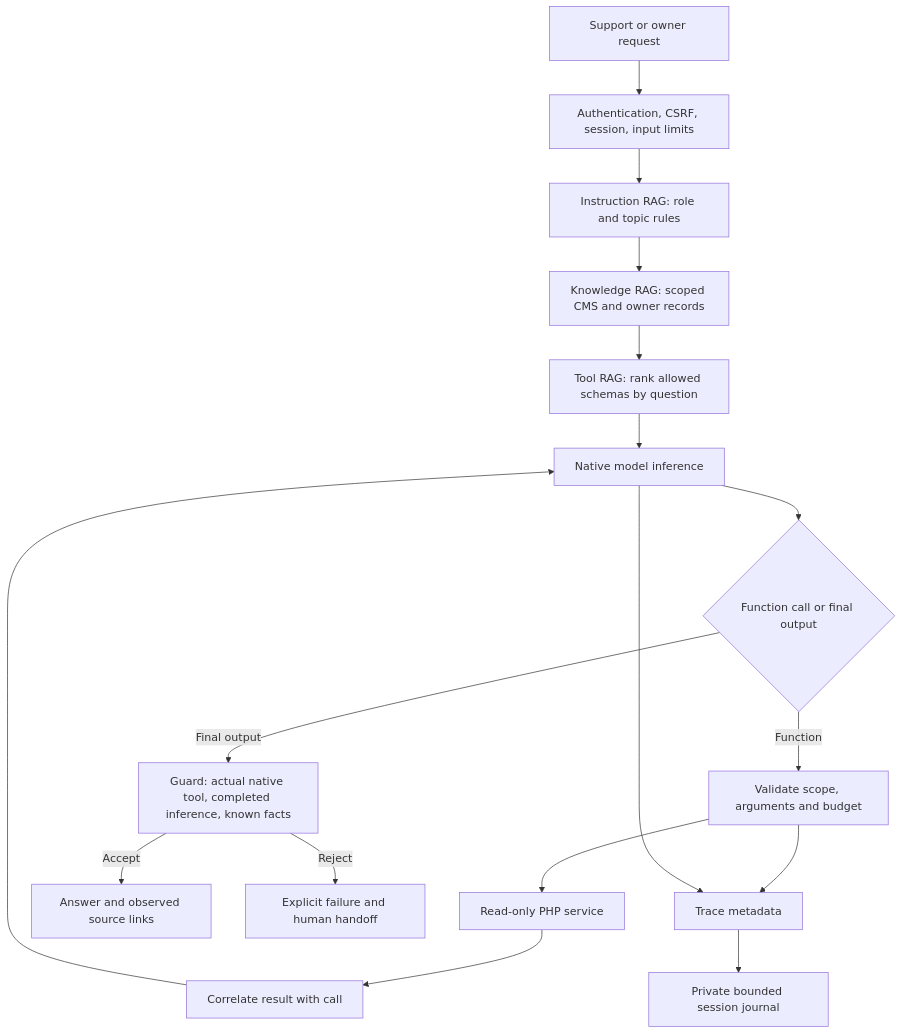
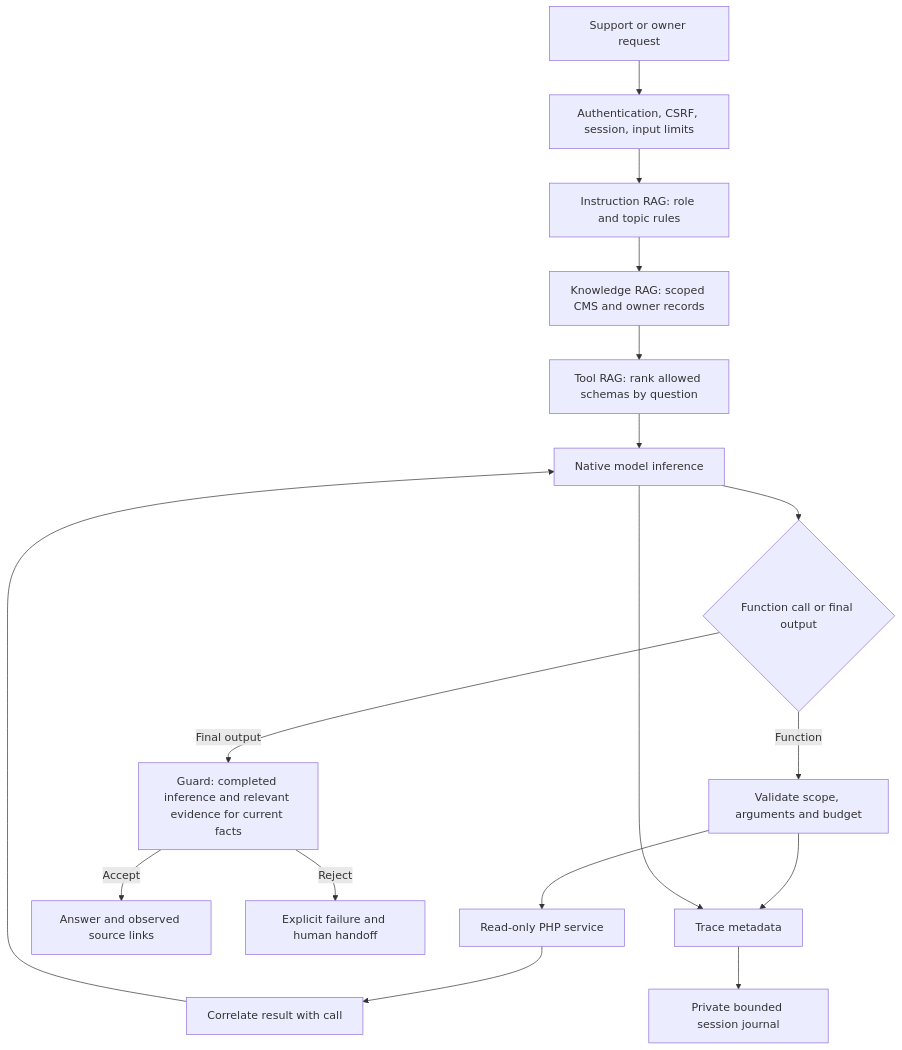
One commit to getwinharris/nebowellness_php_cms changed the diagram in docs/agent-harness.md. Above: the diagram before and after it, drawn with Mermaid. The commit also changed other lines of this file and 11 other files, not shown here.

Commit message:
Restore model-led inference and validate relevant tool evidence (#128)

````diff
--- a/docs/agent-harness.md
+++ b/docs/agent-harness.md
@@ -11,19 +11,19 @@
 ```mermaid
 flowchart TD
  A[Support or owner request] --> B[Authentication, CSRF, session, input limits]
  B --> C[Instruction RAG: role and topic rules]
  C --> D[Knowledge RAG: scoped CMS and owner records]
  D --> E[Tool RAG: rank allowed schemas by question]
  E --> F[Native model inference]
  F --> G{Function call or final output}
  G -->|Function| H[Validate scope, arguments and budget]
  H --> I[Read-only PHP service]
  I --> J[Correlate result with call]
  J --> F
- G -->|Final output| K[Guard: actual native tool, completed inference, known facts]
+ G -->|Final output| K[Guard: completed inference and relevant evidence for current facts]
  K -->|Accept| L[Answer and observed source links]
  K -->|Reject| M[Explicit failure and human handoff]
  H --> N[Trace metadata]
  F --> N
  N --> O[Private bounded session journal]
 ```
````
